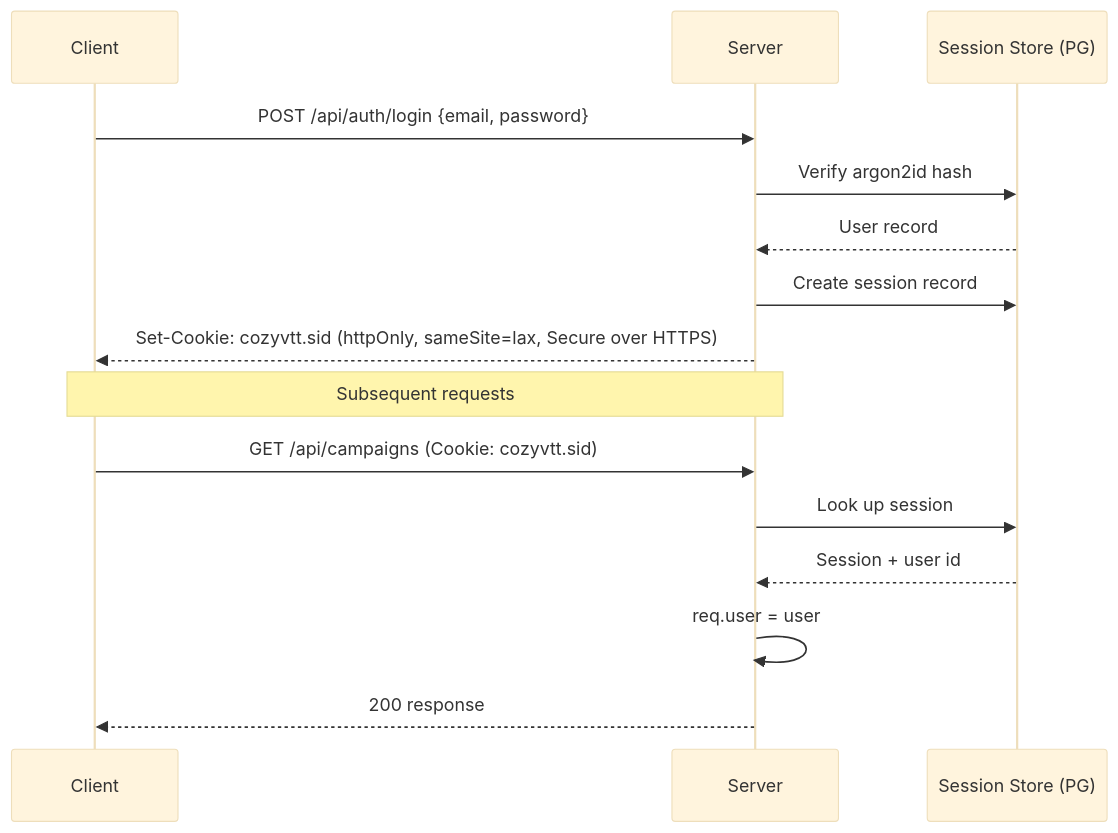
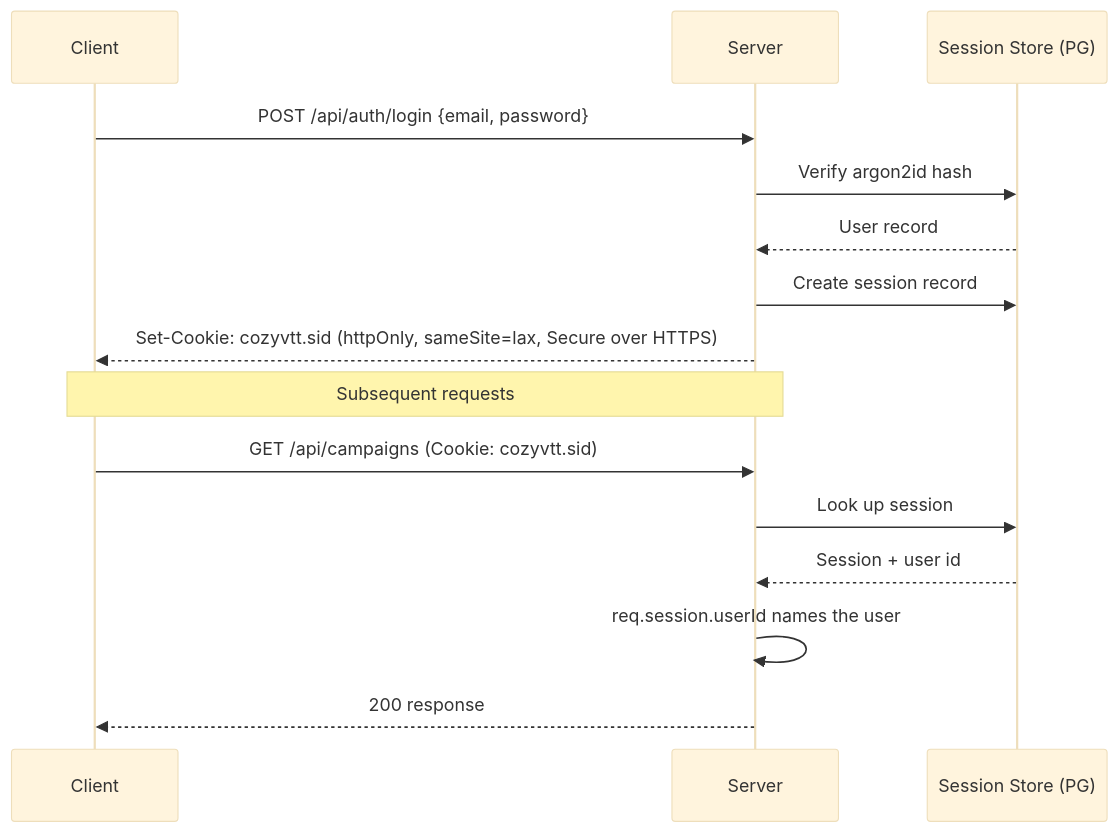
One commit to CheekyChinchilla/CozyVTT changed the fifth of 6 diagrams in docs/ARCHITECTURE.md. Above: the diagram before and after it, drawn with Mermaid (base theme). The commit also changed other lines of this file and 2 other files, not shown here.

First line of the commit message:
Make ARCHITECTURE.md match the Docker stack and the schema

````diff
--- a/docs/ARCHITECTURE.md
+++ b/docs/ARCHITECTURE.md
@@ -457,19 +564,19 @@
 ```mermaid
 sequenceDiagram
     participant C as Client
     participant S as Server
     participant DB as Session Store (PG)
 
     C->>S: POST /api/auth/login {email, password}
     S->>DB: Verify argon2id hash
     DB-->>S: User record
     S->>DB: Create session record
     S-->>C: Set-Cookie: cozyvtt.sid (httpOnly, sameSite=lax, Secure over HTTPS)
 
     Note over C,S: Subsequent requests
     C->>S: GET /api/campaigns (Cookie: cozyvtt.sid)
     S->>DB: Look up session
     DB-->>S: Session + user id
-    S->>S: req.user = user
+    S->>S: req.session.userId names the user
     S-->>C: 200 response
 ```
````
